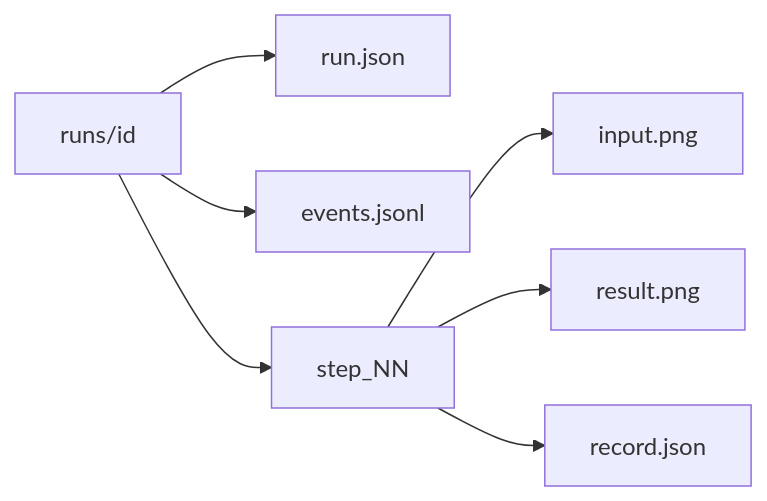
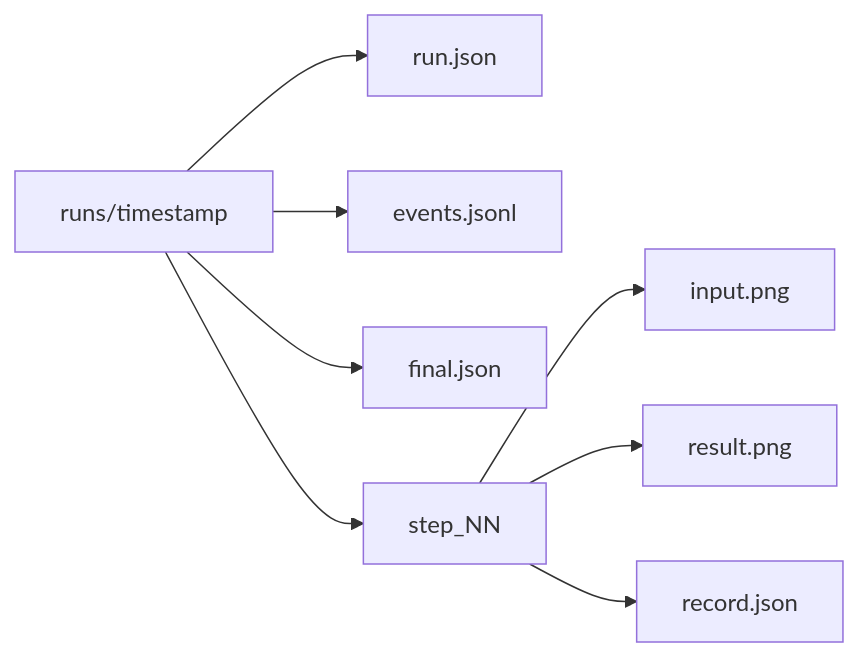
One commit to rbatra2000/backslash_art changed the fifth of 5 diagrams in docs/architecture.md. Above: the diagram before and after it, drawn with Mermaid. The commit also changed other lines of this file and 5 other files, not shown here.

````diff
--- a/docs/architecture.md
+++ b/docs/architecture.md
@@ -67,5 +50,5 @@
 ```mermaid
 flowchart LR
-    run[runs/id] --> a[run.json] & b[events.jsonl] & s[step_NN]
+    run[runs/timestamp] --> a[run.json] & b[events.jsonl] & f[final.json] & s[step_NN]
     s --> s1[input.png] & s2[result.png] & s3[record.json]
 ```
````
